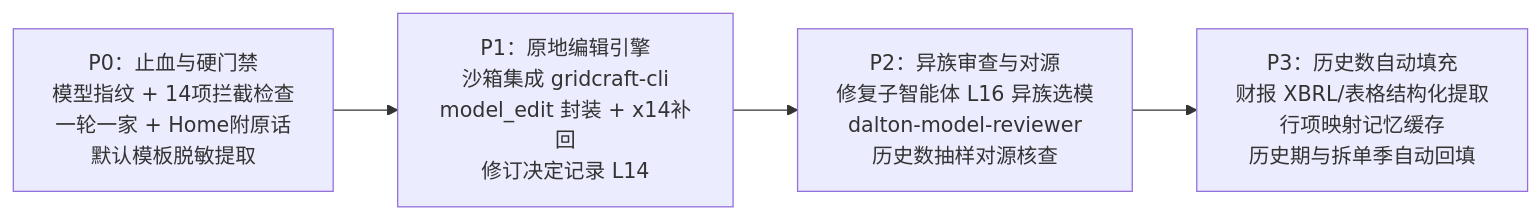
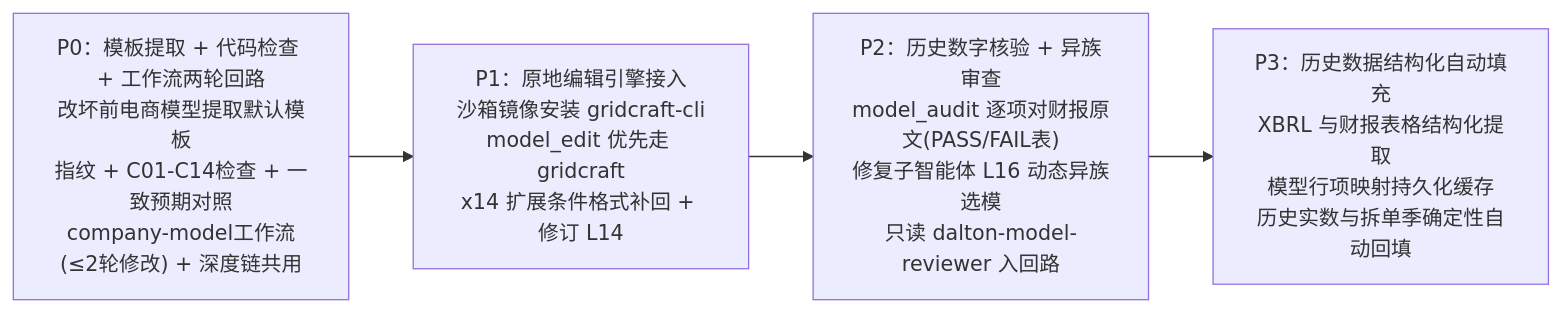
One commit to everflowinv/dalton-langalpha changed the second of 2 diagrams in docs/dalton/features/modeling-v2.md. Above: the diagram before and after it, drawn with Mermaid. The commit also changed other lines of this file, not shown here.

````diff
--- a/docs/dalton/features/modeling-v2.md
+++ b/docs/dalton/features/modeling-v2.md
@@ -349,6 +369,6 @@
 ```mermaid
 flowchart LR
-    P0["P0：止血与硬门禁<br/>模型指纹 + 14项拦截检查<br/>一轮一家 + Home附原话<br/>默认模板脱敏提取"] --> P1["P1：原地编辑引擎<br/>沙箱集成 gridcraft-cli<br/>model_edit 封装 + x14补回<br/>修订决定记录 L14"]
-    P1 --> P2["P2：异族审查与对源<br/>修复子智能体 L16 异族选模<br/>dalton-model-reviewer<br/>历史数抽样对源核查"]
-    P2 --> P3["P3：历史数自动填充<br/>财报 XBRL/表格结构化提取<br/>行项映射记忆缓存<br/>历史期与拆单季自动回填"]
+    P0["P0：模板提取 + 代码检查 + 工作流两轮回路<br/>改坏前电商模型提取默认模板<br/>指纹 + C01-C14检查 + 一致预期对照<br/>company-model工作流(≤2轮修改) + 深度链共用"] --> P1["P1：原地编辑引擎接入<br/>沙箱镜像安装 gridcraft-cli<br/>model_edit 优先走 gridcraft<br/>x14 扩展条件格式补回 + 修订 L14"]
+    P1 --> P2["P2：历史数字核验 + 异族审查<br/>model_audit 逐项对财报原文(PASS/FAIL表)<br/>修复子智能体 L16 动态异族选模<br/>只读 dalton-model-reviewer 入回路"]
+    P2 --> P3["P3：历史数据结构化自动填充<br/>XBRL 与财报表格结构化提取<br/>模型行项映射持久化缓存<br/>历史实数与拆单季确定性自动回填"]
 ```
````
